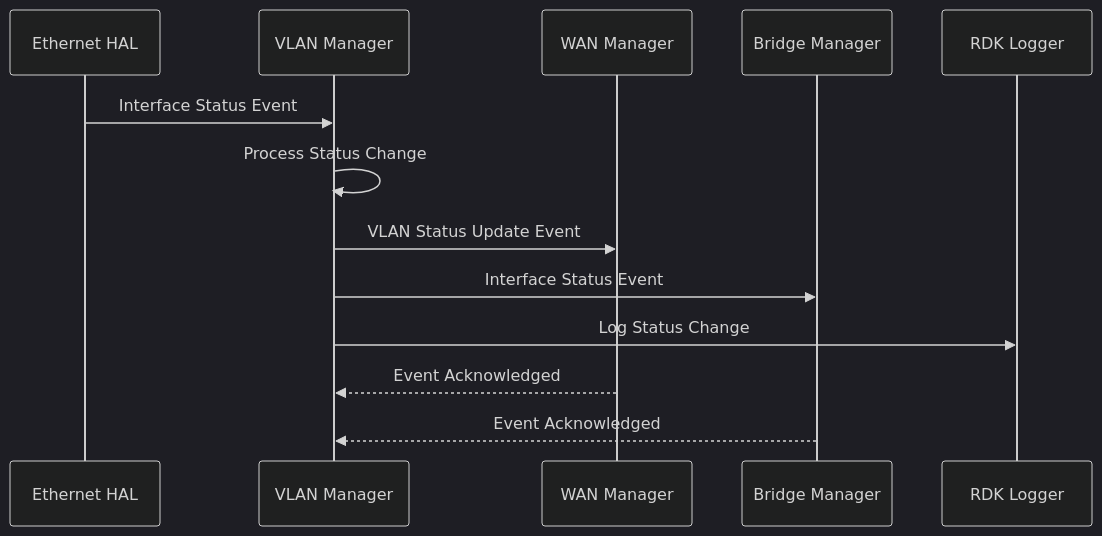
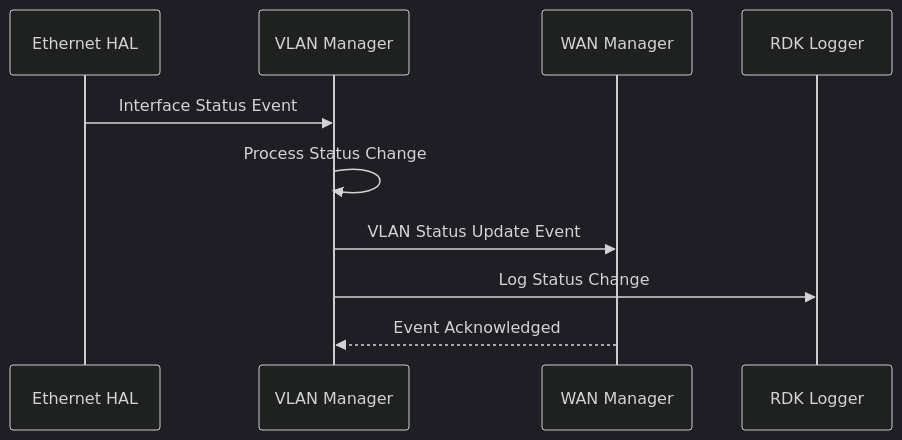
The seventh of 7 diagrams in docs/README.md (raslam930/vlan-manager), drawn with Mermaid (dark theme) before and after one commit. The commit also changed other lines of this file and 1 other file, not shown here.

````diff
--- a/docs/README.md
+++ b/docs/README.md
@@ -438,16 +421,13 @@
 ```mermaid
 sequenceDiagram
     participant HAL as Ethernet HAL
     participant VLAN as VLAN Manager
     participant Sub1 as WAN Manager
-    participant Sub2 as Bridge Manager
     participant Telemetry as RDK Logger
 
     HAL->>VLAN: Interface Status Event
     VLAN->>VLAN: Process Status Change
     VLAN->>Sub1: VLAN Status Update Event
-    VLAN->>Sub2: Interface Status Event
     VLAN->>Telemetry: Log Status Change
     Sub1-->>VLAN: Event Acknowledged
-    Sub2-->>VLAN: Event Acknowledged
 ```
````
